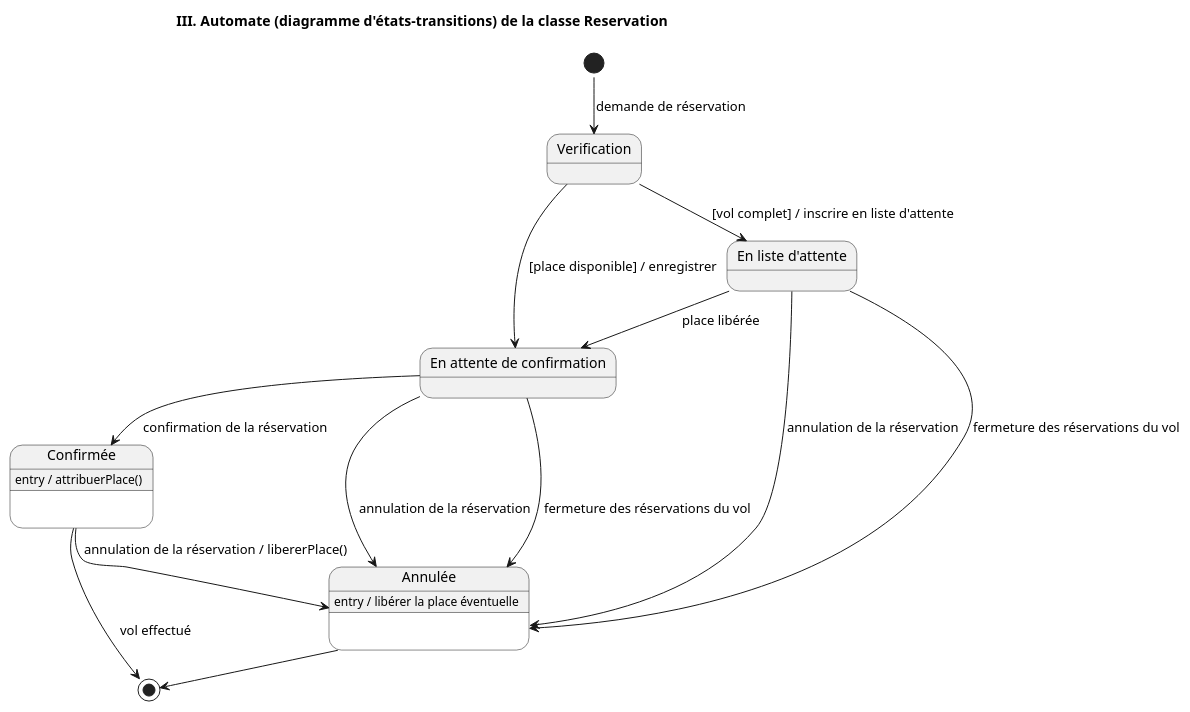
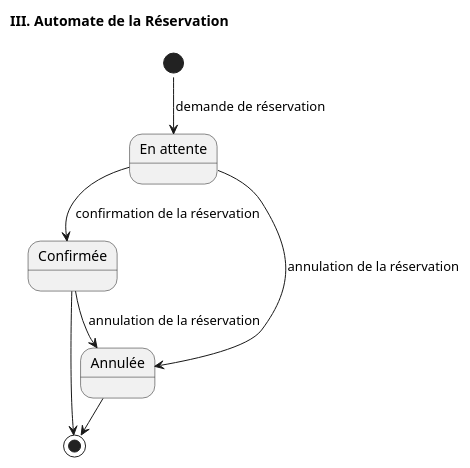
One commit to BambaXYZ/TP-C changed the diagram in TD1-UML/src/3_automate_reservation.puml. Above: the diagram before and after it, drawn with PlantUML. The commit also changed 12 other files, not shown here.

First line of the commit message:
TD1 UML : noms simples directement sur les diagrammes

```diff
--- a/TD1-UML/src/3_automate_reservation.puml
+++ b/TD1-UML/src/3_automate_reservation.puml
@@ -1,30 +1,15 @@
 @startuml automate_reservation
 !pragma layout smetana
-title III. Automate (diagramme d'états-transitions) de la classe Reservation
+title III. Automate de la Réservation
 
-[*] --> Verification : demande de réservation
+state "En attente" as Attente
+state "Confirmée" as Confirmee
+state "Annulée" as Annulee
 
-state Verification <<choice>>
-Verification --> EnAttenteConfirmation : [place disponible] / enregistrer
-Verification --> ListeAttente : [vol complet] / inscrire en liste d'attente
-
-state "En attente de confirmation" as EnAttenteConfirmation
-state "En liste d'attente" as ListeAttente
-state "Confirmée" as Confirmee {
-  Confirmee : entry / attribuerPlace()
-}
-state "Annulée" as Annulee {
-  Annulee : entry / libérer la place éventuelle
-}
-
-ListeAttente --> EnAttenteConfirmation : place libérée
-EnAttenteConfirmation --> Confirmee : confirmation de la réservation
-ListeAttente --> Annulee : annulation de la réservation
-EnAttenteConfirmation --> Annulee : annulation de la réservation
-Confirmee --> Annulee : annulation de la réservation / libererPlace()
-EnAttenteConfirmation --> Annulee : fermeture des réservations du vol
-ListeAttente --> Annulee : fermeture des réservations du vol
-
+[*] --> Attente : demande de réservation
+Attente --> Confirmee : confirmation de la réservation
+Attente --> Annulee : annulation de la réservation
+Confirmee --> Annulee : annulation de la réservation
+Confirmee --> [*]
 Annulee --> [*]
-Confirmee --> [*] : vol effectué
 @enduml
```
